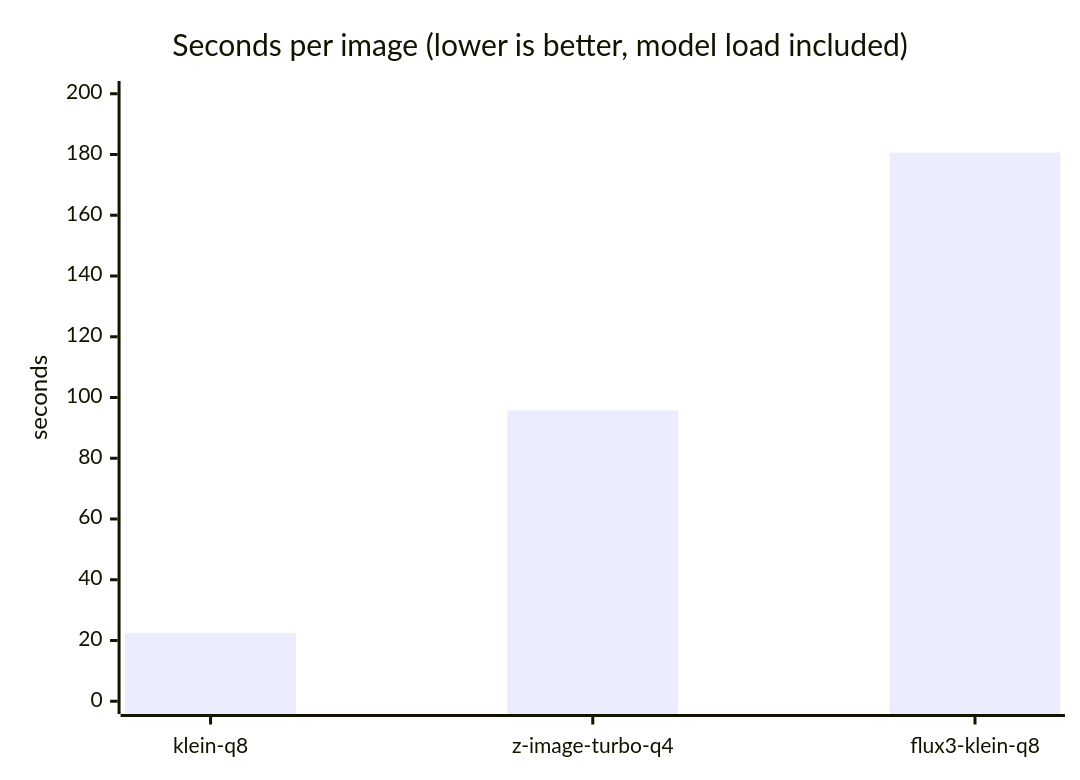
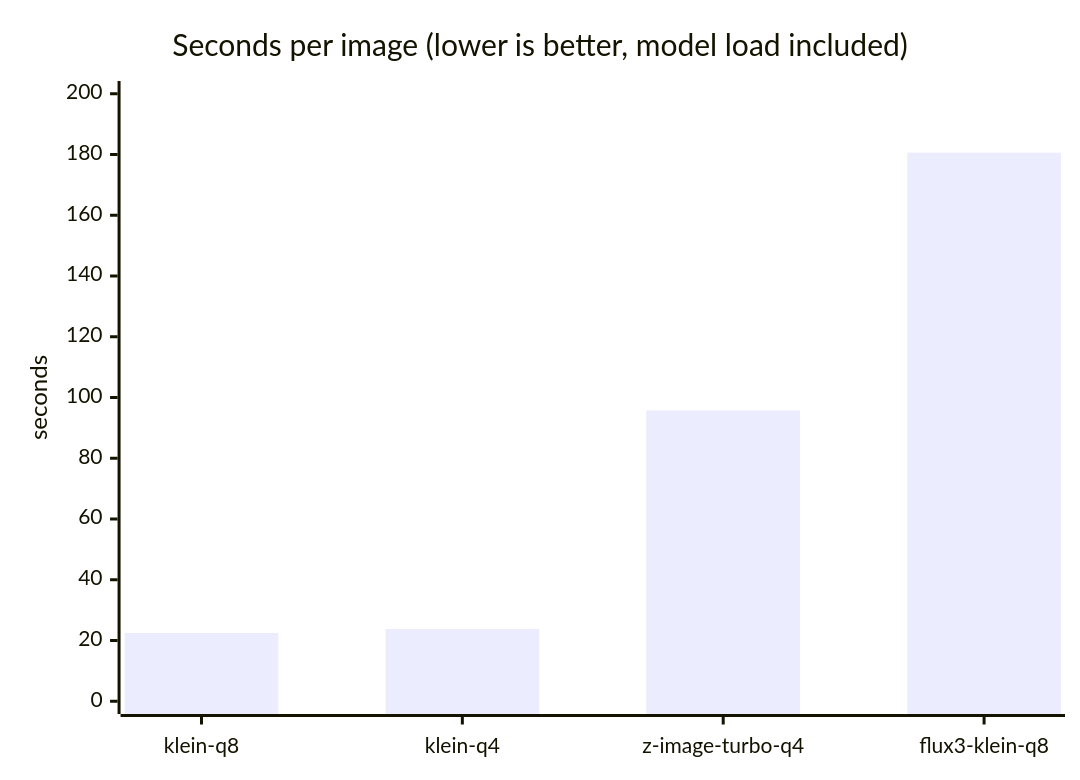
The third of 4 diagrams in README.md (mahirfatih/local-generation-benchmark-m1-max), drawn with Mermaid before and after one commit. The commit also changed other lines of this file and 22 other files, not shown here.

Commit message:
feat: measure klein-q4 at 23.8 s/img and publish the fourth image profile

````diff
--- a/README.md
+++ b/README.md
@@ -200,7 +202,7 @@
 ```mermaid
 xychart-beta
     title "Seconds per image (lower is better, model load included)"
-    x-axis ["klein-q8", "z-image-turbo-q4", "flux3-klein-q8"]
+    x-axis ["klein-q8", "klein-q4", "z-image-turbo-q4", "flux3-klein-q8"]
     y-axis "seconds" 0 --> 200
-    bar [22.5, 95.8, 180.6]
+    bar [22.5, 23.8, 95.8, 180.6]
 ```
````
